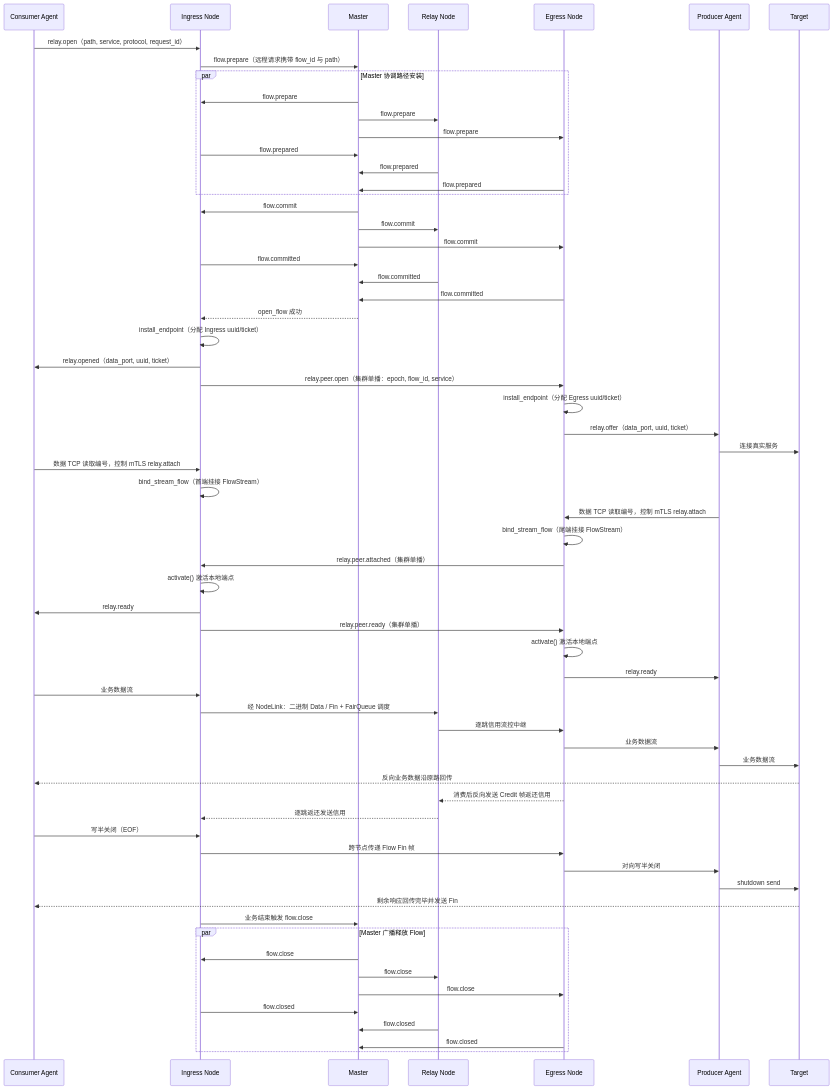
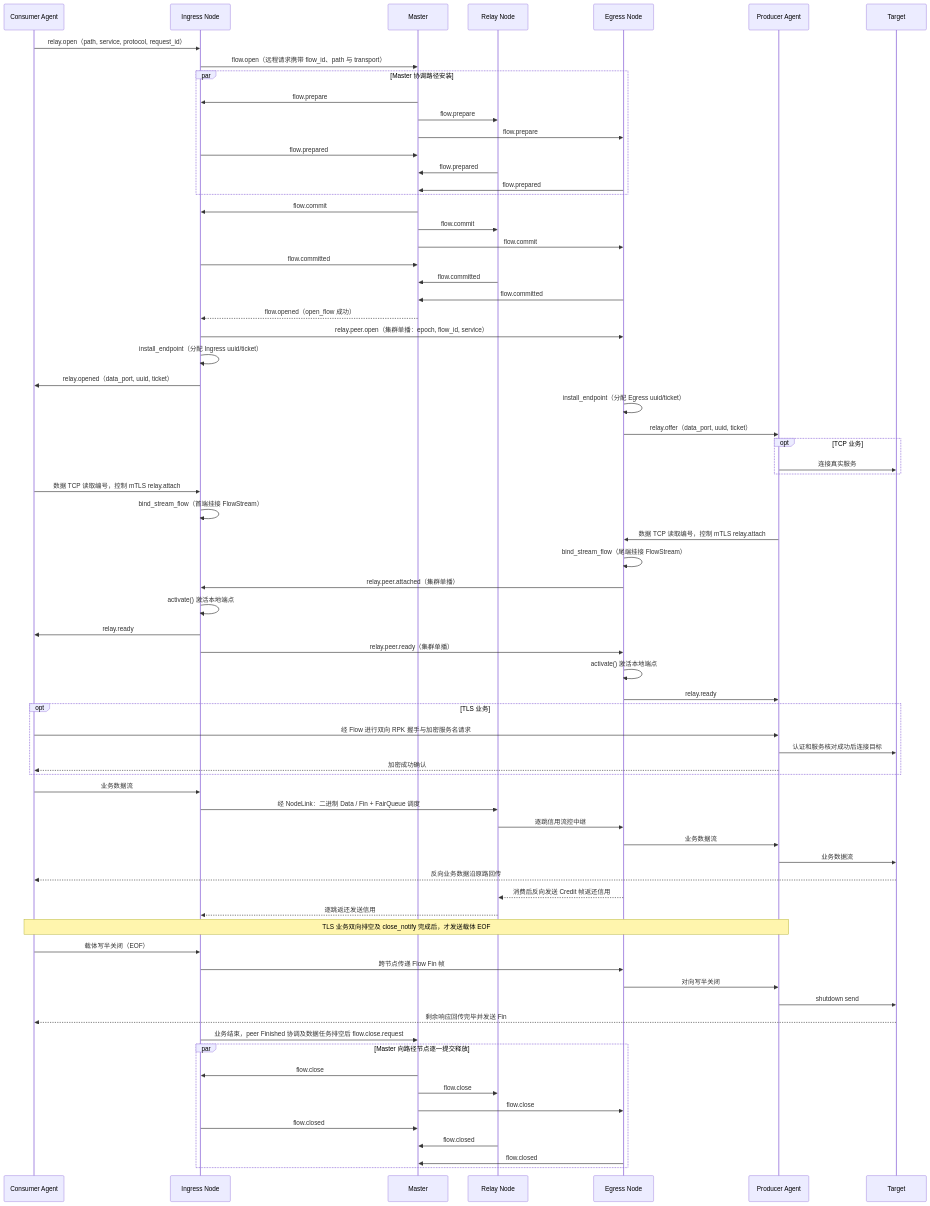
Diagram 19 of 21 in docs/RelayWeave设计.md (Xtinc/relayweave), drawn with Mermaid before and after one commit. The commit also changed other lines of this file and 8 other files, not shown here.

First line of the commit message:
docs: add section on end-to-end key and credential rotation for mTLS and RPK

````diff
--- a/docs/RelayWeave设计.md
+++ b/docs/RelayWeave设计.md
@@ -1301,65 +1323,73 @@
 ```mermaid
 sequenceDiagram
     participant C as Consumer Agent
     participant Ingress as Ingress Node
     participant M as Master
     participant Relay as Relay Node
     participant Egress as Egress Node
     participant P as Producer Agent
     participant Target as Target
     C->>Ingress: relay.open（path, service, protocol, request_id）
-    Ingress->>M: flow.prepare（远程请求携带 flow_id 与 path）
+    Ingress->>M: flow.open（远程请求携带 flow_id、path 与 transport）
     par Master 协调路径安装
         M->>Ingress: flow.prepare
         M->>Relay: flow.prepare
         M->>Egress: flow.prepare
         Ingress->>M: flow.prepared
         Relay->>M: flow.prepared
         Egress->>M: flow.prepared
     end
     M->>Ingress: flow.commit
     M->>Relay: flow.commit
     M->>Egress: flow.commit
     Ingress->>M: flow.committed
     Relay->>M: flow.committed
     Egress->>M: flow.committed
-    M-->>Ingress: open_flow 成功
+    M-->>Ingress: flow.opened（open_flow 成功）
+    Ingress->>Egress: relay.peer.open（集群单播：epoch, flow_id, service）
     Ingress->>Ingress: install_endpoint（分配 Ingress uuid/ticket）
     Ingress->>C: relay.opened（data_port, uuid, ticket）
-    Ingress->>Egress: relay.peer.open（集群单播：epoch, flow_id, service）
     Egress->>Egress: install_endpoint（分配 Egress uuid/ticket）
     Egress->>P: relay.offer（data_port, uuid, ticket）
-    P->>Target: 连接真实服务
+    opt TCP 业务
+        P->>Target: 连接真实服务
+    end
     C->>Ingress: 数据 TCP 读取编号，控制 mTLS relay.attach
     Ingress->>Ingress: bind_stream_flow（首端挂接 FlowStream）
     P->>Egress: 数据 TCP 读取编号，控制 mTLS relay.attach
     Egress->>Egress: bind_stream_flow（尾端挂接 FlowStream）
     Egress->>Ingress: relay.peer.attached（集群单播）
     Ingress->>Ingress: activate() 激活本地端点
     Ingress->>C: relay.ready
     Ingress->>Egress: relay.peer.ready（集群单播）
     Egress->>Egress: activate() 激活本地端点
     Egress->>P: relay.ready
+    opt TLS 业务
+        C->>P: 经 Flow 进行双向 RPK 握手与加密服务名请求
+        P->>Target: 认证和服务核对成功后连接目标
+        P-->>C: 加密成功确认
+    end
     C->>Ingress: 业务数据流
     Ingress->>Relay: 经 NodeLink：二进制 Data / Fin + FairQueue 调度
     Relay->>Egress: 逐跳信用流控中继
     Egress->>P: 业务数据流
     P->>Target: 业务数据流
     Target-->>C: 反向业务数据沿原路回传
     Egress-->>Relay: 消费后反向发送 Credit 帧返还信用
     Relay-->>Ingress: 逐跳返还发送信用
-    C->>Ingress: 写半关闭（EOF）
+    Note over C,P: TLS 业务双向排空及 close_notify 完成后，才发送载体 EOF
+    C->>Ingress: 载体写半关闭（EOF）
     Ingress->>Egress: 跨节点传递 Flow Fin 帧
     Egress->>P: 对向写半关闭
     P->>Target: shutdown send
     Target-->>C: 剩余响应回传完毕并发送 Fin
-    Ingress->>M: 业务结束触发 flow.close
-    par Master 广播释放 Flow
+    Ingress->>M: 业务结束，peer Finished 协调及数据任务排空后 flow.close.request
+    par Master 向路径节点逐一提交释放
         M->>Ingress: flow.close
         M->>Relay: flow.close
         M->>Egress: flow.close
         Ingress->>M: flow.closed
         Relay->>M: flow.closed
         Egress->>M: flow.closed
     end
 ```
````
